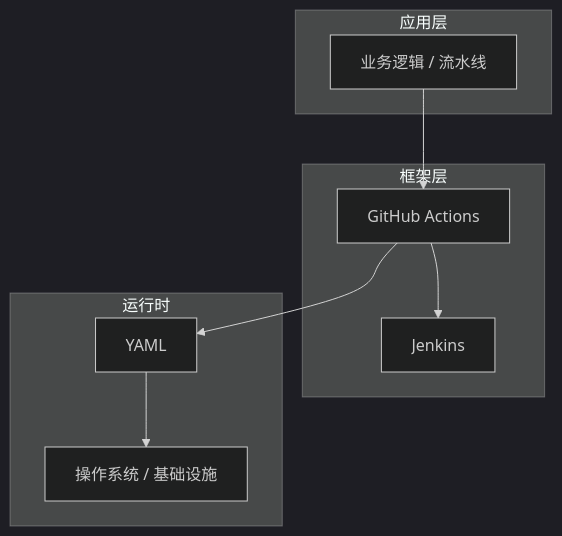
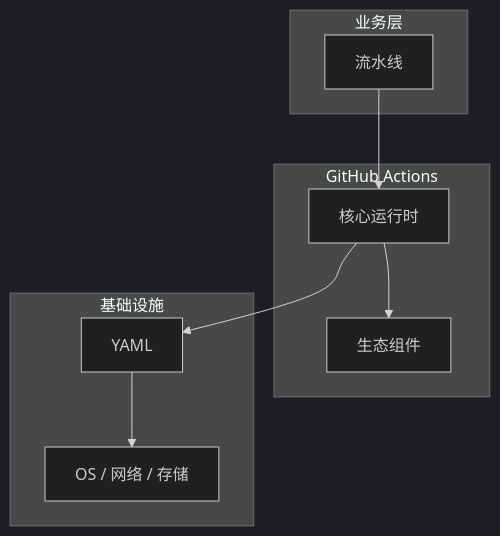
One commit to yanggan2015/knowledge-json-v2 changed the diagram in articles/CI与CD/chapters/025-流水线核心概念与原理.md. Above: the diagram before and after it, drawn with Mermaid (dark theme). The commit also changed other lines of this file and 10127 other files, not shown here.

````diff
--- a/articles/CI与CD/chapters/025-流水线核心概念与原理.md
+++ b/articles/CI与CD/chapters/025-流水线核心概念与原理.md
@@ -45,18 +34,18 @@
 ```mermaid
 graph TB
-    subgraph 应用层
-        A[业务逻辑 / 流水线]
+    subgraph 业务层
+        A[流水线]
     end
-    subgraph 框架层
-        B[GitHub Actions]
-        C[Jenkins]
+    subgraph GitHub Actions
+        B[核心运行时]
+        C[生态组件]
     end
-    subgraph 运行时
+    subgraph 基础设施
         D[YAML]
-        E[操作系统 / 基础设施]
+        E[OS / 网络 / 存储]
     end
     A --> B
     B --> C
     B --> D
     D --> E
 ```
````
